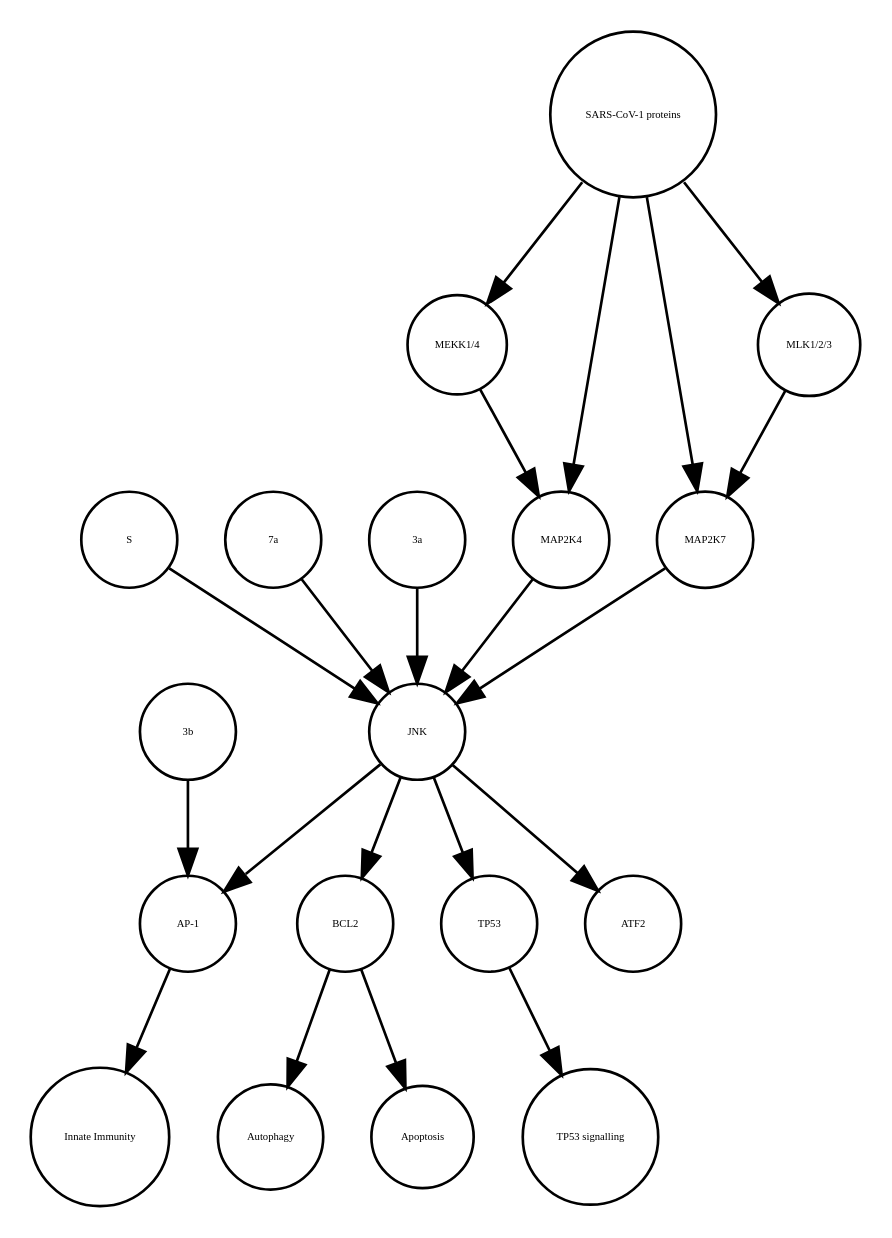
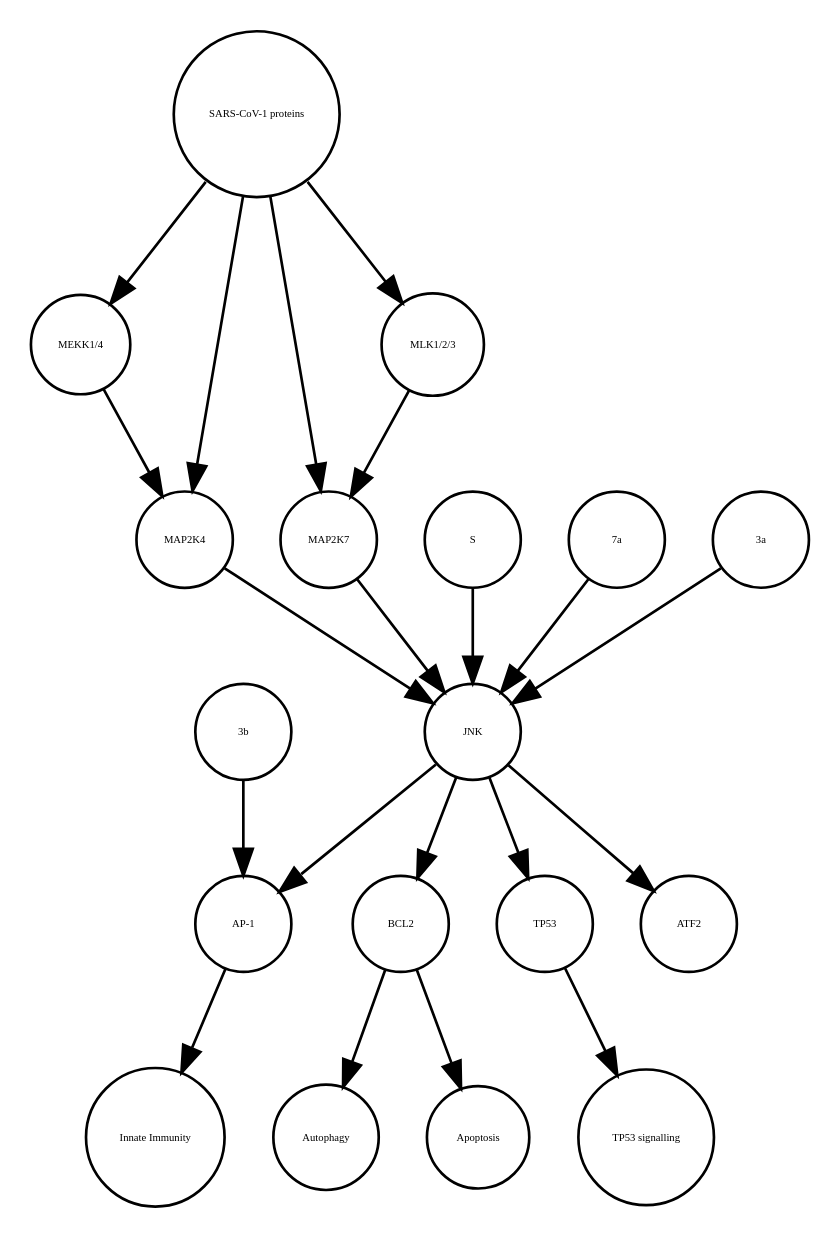
The diagram in JNK_pathway_stable.xml_projected.dot (cannin/covid19-sbgn), drawn with Graphviz before and after one commit. The commit also changed other lines of this file and 613 other files, not shown here.

```diff
--- a/JNK_pathway_stable.xml_projected.dot
+++ b/JNK_pathway_stable.xml_projected.dot
@@ -1,40 +1,40 @@
 strict digraph  {
 BCL2 [annotation=urn_miriam_ncbigene_596, bipartite=0, cls=macromolecule, fontsize=4, label=BCL2, shape=circle];
 Autophagy [annotation="urn_miriam_obo.go_GO%3A0006914", bipartite=0, cls=phenotype, fontsize=4, label=Autophagy, shape=circle];
 "AP-1" [annotation="", bipartite=0, cls=complex, fontsize=4, label="AP-1", shape=circle];
 "Innate Immunity" [annotation="urn_miriam_obo.go_GO%3A0045087", bipartite=0, cls=phenotype, fontsize=4, label="Innate Immunity", shape=circle];
 TP53 [annotation=urn_miriam_ncbigene_7157, bipartite=0, cls=macromolecule, fontsize=4, label=TP53, shape=circle];
 "TP53 signalling" [annotation="urn_miriam_obo.go_GO%3A0072331", bipartite=0, cls=phenotype, fontsize=4, label="TP53 signalling", shape=circle];
 Apoptosis [annotation="urn_miriam_obo.go_GO%3A0006915", bipartite=0, cls=phenotype, fontsize=4, label=Apoptosis, shape=circle];
-JNK [annotation="", bipartite=0, cls=complex, fontsize=4, label=JNK, shape=circle];
+"MEKK1/4" [annotation="", bipartite=0, cls=complex, fontsize=4, label="MEKK1/4", shape=circle];
 "3b" [annotation=urn_miriam_uniprot_P59633, bipartite=0, cls=macromolecule, fontsize=4, label="3b", shape=circle];
+MAP2K7 [annotation=urn_miriam_ncbigene_5609, bipartite=0, cls=macromolecule, fontsize=4, label=MAP2K7, shape=circle];
+"MLK1/2/3" [annotation="", bipartite=0, cls=complex, fontsize=4, label="MLK1/2/3", shape=circle];
+MAP2K4 [annotation=urn_miriam_ncbigene_6416, bipartite=0, cls=macromolecule, fontsize=4, label=MAP2K4, shape=circle];
 S [annotation=urn_miriam_uniprot_P59594, bipartite=0, cls=macromolecule, fontsize=4, label=S, shape=circle];
+"SARS-CoV-1 proteins" [annotation="", bipartite=0, cls=complex, fontsize=4, label="SARS-CoV-1 proteins", shape=circle];
 "7a" [annotation=urn_miriam_uniprot_P59635, bipartite=0, cls=macromolecule, fontsize=4, label="7a", shape=circle];
 "3a" [annotation=urn_miriam_uniprot_P59632, bipartite=0, cls=macromolecule, fontsize=4, label="3a", shape=circle];
-"MEKK1/4" [annotation="", bipartite=0, cls=complex, fontsize=4, label="MEKK1/4", shape=circle];
-MAP2K4 [annotation=urn_miriam_ncbigene_6416, bipartite=0, cls=macromolecule, fontsize=4, label=MAP2K4, shape=circle];
 ATF2 [annotation=urn_miriam_ncbigene_1386, bipartite=0, cls=macromolecule, fontsize=4, label=ATF2, shape=circle];
-MAP2K7 [annotation=urn_miriam_ncbigene_5609, bipartite=0, cls=macromolecule, fontsize=4, label=MAP2K7, shape=circle];
-"SARS-CoV-1 proteins" [annotation="", bipartite=0, cls=complex, fontsize=4, label="SARS-CoV-1 proteins", shape=circle];
-"MLK1/2/3" [annotation="", bipartite=0, cls=complex, fontsize=4, label="MLK1/2/3", shape=circle];
+JNK [annotation="", bipartite=0, cls=complex, fontsize=4, label=JNK, shape=circle];
 BCL2 -> Autophagy  [annotation="", interaction_type="necessary stimulation"];
 BCL2 -> Apoptosis  [annotation="", interaction_type=inhibition];
 "AP-1" -> "Innate Immunity"  [annotation="", interaction_type="necessary stimulation"];
 TP53 -> "TP53 signalling"  [annotation="", interaction_type="necessary stimulation"];
-JNK -> ATF2  [annotation=urn_miriam_pubmed_7824938, interaction_type=stimulation];
-JNK -> TP53  [annotation=urn_miriam_pubmed_9724739, interaction_type=stimulation];
-JNK -> "AP-1"  [annotation="urn_miriam_pubmed_21561061|urn_miriam_taxonomy_694009", interaction_type=stimulation];
-JNK -> BCL2  [annotation=urn_miriam_pubmed_10567572, interaction_type=stimulation];
+"MEKK1/4" -> MAP2K4  [annotation="urn_miriam_pubmed_31226023|urn_miriam_taxonomy_694009|urn_miriam_taxonomy_392815", interaction_type=stimulation];
 "3b" -> "AP-1"  [annotation="urn_miriam_pubmed_21561061|urn_miriam_taxonomy_694009", interaction_type=stimulation];
+MAP2K7 -> JNK  [annotation="urn_miriam_pubmed_17141229|urn_miriam_taxonomy_694009|urn_miriam_taxonomy_392815", interaction_type=stimulation];
+"MLK1/2/3" -> MAP2K7  [annotation="urn_miriam_pubmed_31226023|urn_miriam_taxonomy_694009|urn_miriam_taxonomy_392815", interaction_type=stimulation];
+MAP2K4 -> JNK  [annotation="urn_miriam_pubmed_17141229|urn_miriam_taxonomy_694009|urn_miriam_taxonomy_392815", interaction_type=stimulation];
 S -> JNK  [annotation="urn_miriam_pubmed_17267381|urn_miriam_taxonomy_694009|urn_miriam_taxonomy_392815", interaction_type=stimulation];
+"SARS-CoV-1 proteins" -> "MEKK1/4"  [annotation="urn_miriam_pubmed_31226023|urn_miriam_taxonomy_694009|urn_miriam_taxonomy_392815", interaction_type=stimulation];
+"SARS-CoV-1 proteins" -> MAP2K4  [annotation="urn_miriam_pubmed_31226023|urn_miriam_taxonomy_694009|urn_miriam_taxonomy_392815", interaction_type=stimulation];
+"SARS-CoV-1 proteins" -> MAP2K7  [annotation="urn_miriam_pubmed_31226023|urn_miriam_taxonomy_694009|urn_miriam_taxonomy_392815", interaction_type=stimulation];
+"SARS-CoV-1 proteins" -> "MLK1/2/3"  [annotation="urn_miriam_taxonomy_694009|urn_miriam_pubmed_31226023|urn_miriam_taxonomy_392815", interaction_type=stimulation];
 "7a" -> JNK  [annotation="urn_miriam_pubmed_17141229|urn_miriam_taxonomy_694009|urn_miriam_taxonomy_392815", interaction_type=stimulation];
 "3a" -> JNK  [annotation="urn_miriam_pubmed_17141229|urn_miriam_taxonomy_694009|urn_miriam_taxonomy_392815", interaction_type=stimulation];
-"MEKK1/4" -> MAP2K4  [annotation="urn_miriam_pubmed_31226023|urn_miriam_taxonomy_694009|urn_miriam_taxonomy_392815", interaction_type=stimulation];
-MAP2K4 -> JNK  [annotation="urn_miriam_pubmed_17141229|urn_miriam_taxonomy_694009|urn_miriam_taxonomy_392815", interaction_type=stimulation];
-MAP2K7 -> JNK  [annotation="urn_miriam_pubmed_17141229|urn_miriam_taxonomy_694009|urn_miriam_taxonomy_392815", interaction_type=stimulation];
-"SARS-CoV-1 proteins" -> "MLK1/2/3"  [annotation="urn_miriam_taxonomy_694009|urn_miriam_pubmed_31226023|urn_miriam_taxonomy_392815", interaction_type=stimulation];
-"SARS-CoV-1 proteins" -> "MEKK1/4"  [annotation="urn_miriam_pubmed_31226023|urn_miriam_taxonomy_694009|urn_miriam_taxonomy_392815", interaction_type=stimulation];
-"SARS-CoV-1 proteins" -> MAP2K7  [annotation="urn_miriam_pubmed_31226023|urn_miriam_taxonomy_694009|urn_miriam_taxonomy_392815", interaction_type=stimulation];
-"SARS-CoV-1 proteins" -> MAP2K4  [annotation="urn_miriam_pubmed_31226023|urn_miriam_taxonomy_694009|urn_miriam_taxonomy_392815", interaction_type=stimulation];
-"MLK1/2/3" -> MAP2K7  [annotation="urn_miriam_pubmed_31226023|urn_miriam_taxonomy_694009|urn_miriam_taxonomy_392815", interaction_type=stimulation];
+JNK -> BCL2  [annotation=urn_miriam_pubmed_10567572, interaction_type=stimulation];
+JNK -> "AP-1"  [annotation="urn_miriam_pubmed_21561061|urn_miriam_taxonomy_694009", interaction_type=stimulation];
+JNK -> TP53  [annotation=urn_miriam_pubmed_9724739, interaction_type=stimulation];
+JNK -> ATF2  [annotation=urn_miriam_pubmed_7824938, interaction_type=stimulation];
 }
```
